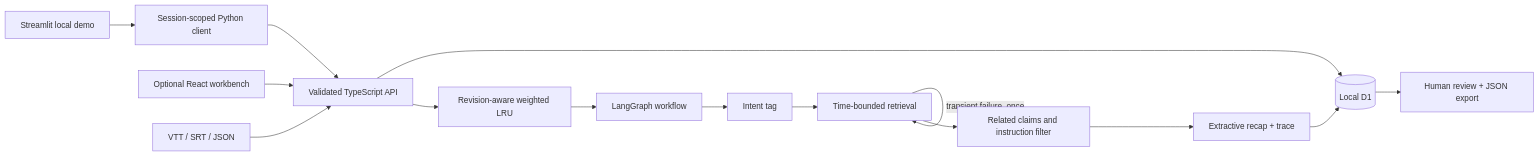
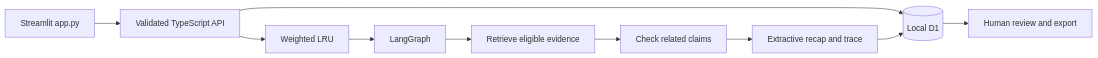
Before and after one commit to sivalinb/racetime-copilot: the diagram in docs/architecture.md, drawn with Mermaid. The commit also changed other lines of this file and 12 other files, not shown here.

````diff
--- a/docs/architecture.md
+++ b/docs/architecture.md
@@ -3,17 +3,12 @@
 ```mermaid
 flowchart LR
-  UI[Streamlit local demo] --> Client[Session-scoped Python client]
-  Client --> API[Validated TypeScript API]
-  Web[Optional React workbench] --> API
-  Import[VTT / SRT / JSON] --> API
+  UI[Streamlit app.py] --> API[Validated TypeScript API]
+  API --> Cache[Weighted LRU]
   API --> DB[(Local D1)]
-  API --> Cache[Revision-aware weighted LRU]
-  Cache --> Graph[LangGraph workflow]
-  Graph --> Route[Intent tag]
-  Route --> Retrieve[Time-bounded retrieval]
-  Retrieve -->|transient failure, once| Retrieve
-  Retrieve --> Verify[Related claims and instruction filter]
-  Verify --> Recap[Extractive recap + trace]
-  Recap --> DB
-  DB --> Review[Human review + JSON export]
+  Cache --> Graph[LangGraph]
+  Graph --> Retrieve[Retrieve eligible evidence]
+  Retrieve --> Check[Check related claims]
+  Check --> Result[Extractive recap and trace]
+  Result --> DB
+  DB --> Review[Human review and export]
 ```
````
